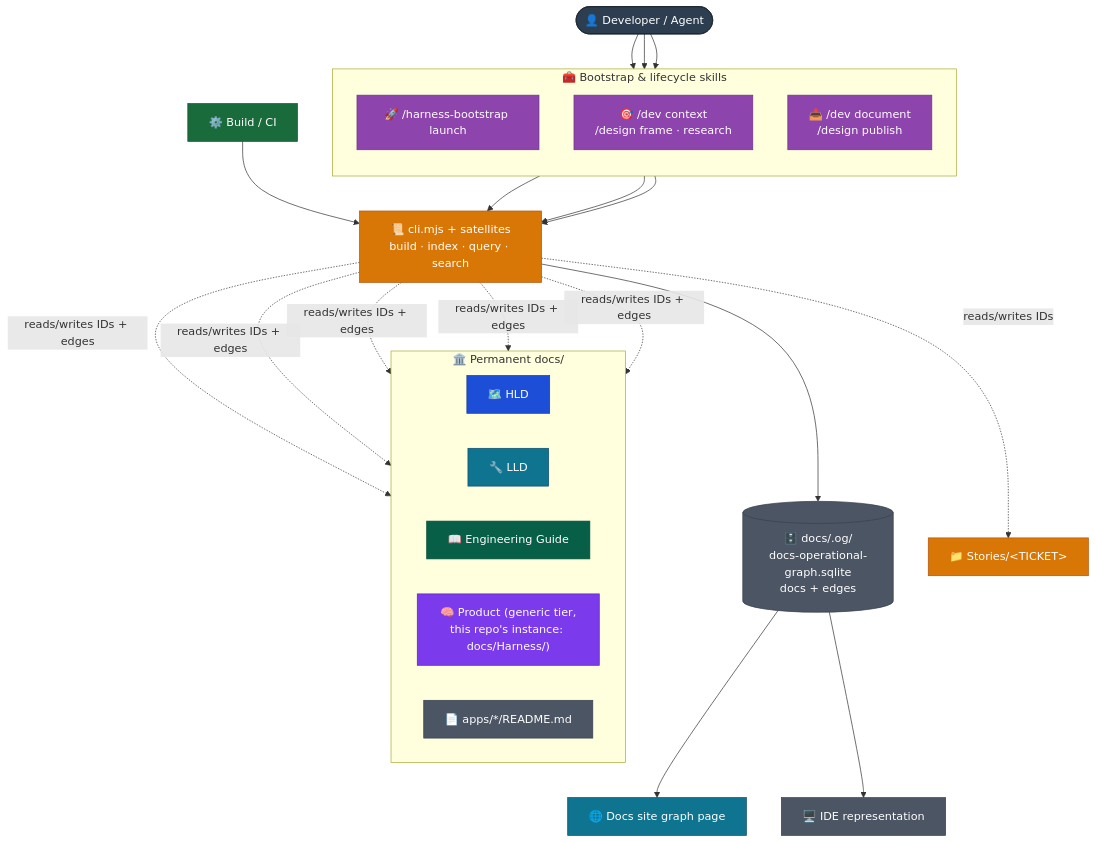
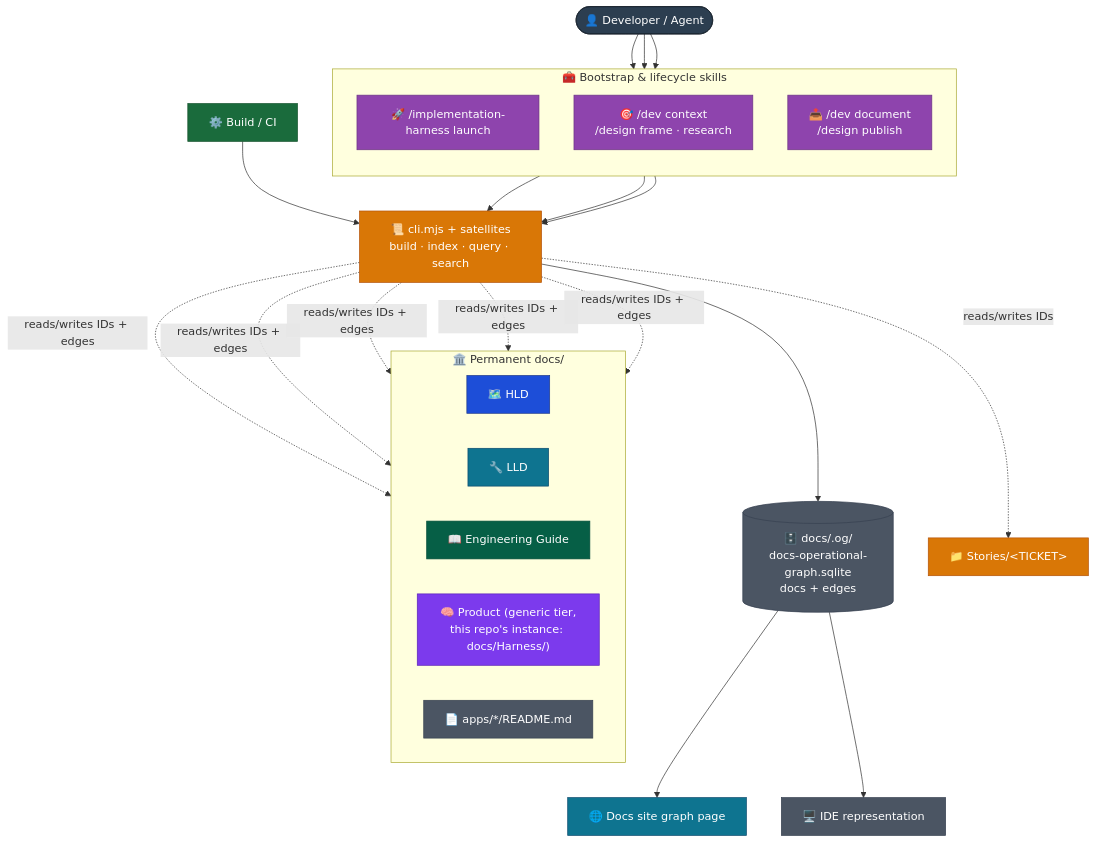
Before and after one commit to DataArt/artisyn-implementation-harness: the first of 5 diagrams in docs/Harness/07 Operational Graph/01 Ops Model.md, drawn with Mermaid. The commit also changed other lines of this file and 1188 other files, not shown here.

````diff
--- a/docs/Harness/07 Operational Graph/01 Ops Model.md
+++ b/docs/Harness/07 Operational Graph/01 Ops Model.md
@@ -13,57 +21,57 @@
 ```mermaid
 flowchart TD
     DEV(["👤 Developer / Agent"]):::actor
 
     subgraph HARNESS ["🧰 Bootstrap & lifecycle skills"]
         direction TB
-        BOOT["🚀 /harness-bootstrap launch"]:::skill
+        BOOT["🚀 /implementation-harness launch"]:::skill
         CTX["🎯 /dev context\n/design frame · research"]:::skill
         PUB["📤 /dev document\n/design publish"]:::skill
     end
 
     SCRIPT["📜 cli.mjs + satellites\nbuild · index · query · search"]:::tool
     DB[("🗄️ docs/.og/\ndocs-operational-graph.sqlite\ndocs + edges")]:::store
 
     subgraph DOCS ["🏛️ Permanent docs/"]
         direction LR
         HLD["🗺️ HLD"]:::hld
         LLD["🔧 LLD"]:::lld
         EG["📖 Engineering Guide"]:::eg
         PCTX["🧠 Product (generic tier,\nthis repo's instance: docs/Harness/)"]:::pctx
         README["📄 apps/*/README.md"]:::readme
     end
     STORY["📁 Stories/&lt;TICKET&gt;"]:::story
 
     CI["⚙️ Build / CI"]:::infra
     WEB["🌐 Docs site graph page"]:::web
     IDE["🖥️ IDE representation"]:::ide
 
     DEV --> BOOT & CTX & PUB
     BOOT --> SCRIPT
     CTX --> SCRIPT
     PUB --> SCRIPT
     SCRIPT --> DB
     SCRIPT -. reads/writes IDs + edges .-> HLD
     SCRIPT -. reads/writes IDs + edges .-> LLD
     SCRIPT -. reads/writes IDs + edges .-> EG
     SCRIPT -. reads/writes IDs + edges .-> PCTX
     SCRIPT -. reads/writes IDs + edges .-> README
     SCRIPT -. reads/writes IDs .-> STORY
     CI --> SCRIPT
     DB --> WEB
     DB --> IDE
 
     classDef actor fill:#2C3E50,stroke:#1A252F,color:#fff
     classDef skill fill:#8E44AD,stroke:#6C3483,color:#fff
     classDef tool  fill:#D97706,stroke:#B45309,color:#fff
     classDef store fill:#4B5563,stroke:#374151,color:#fff
     classDef hld   fill:#1D4ED8,stroke:#1e3a8a,color:#fff
     classDef lld   fill:#0E7490,stroke:#0c4a6e,color:#fff
     classDef eg    fill:#065F46,stroke:#064e3b,color:#fff
     classDef pctx  fill:#7C3AED,stroke:#5B21B6,color:#fff
     classDef story fill:#D97706,stroke:#B45309,color:#fff
     classDef infra fill:#1A6B3C,stroke:#14532d,color:#fff
     classDef web   fill:#0E7490,stroke:#0c4a6e,color:#fff
     classDef ide   fill:#4B5563,stroke:#374151,color:#fff
     classDef readme fill:#4B5563,stroke:#374151,color:#fff
 ```
````
